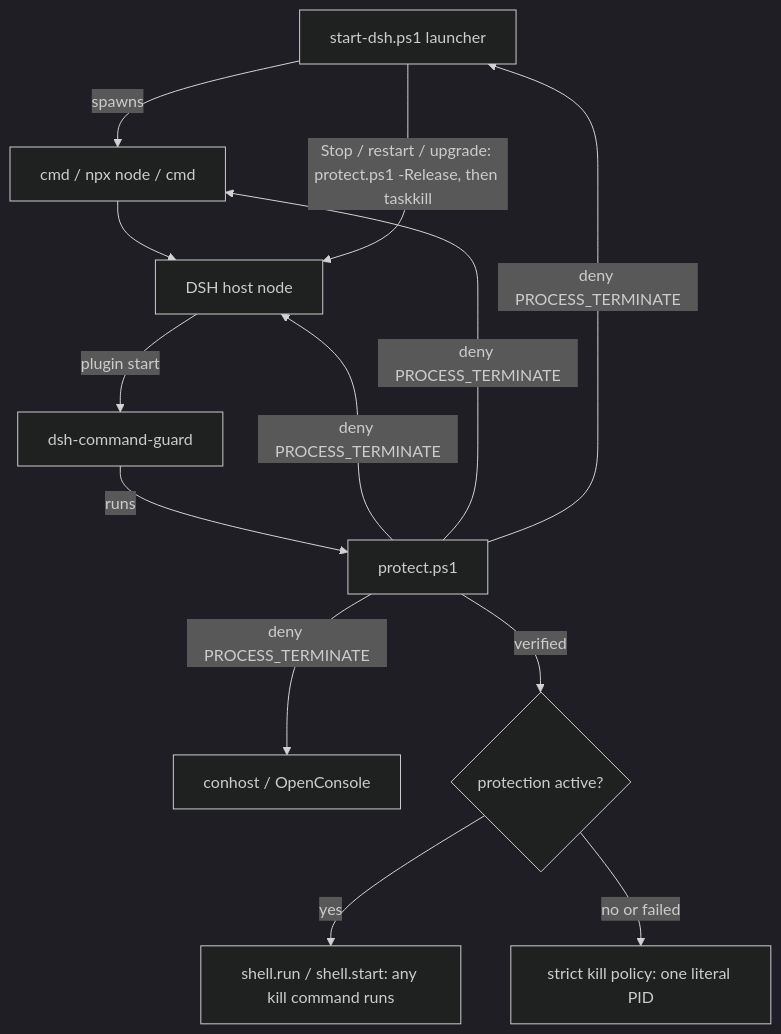
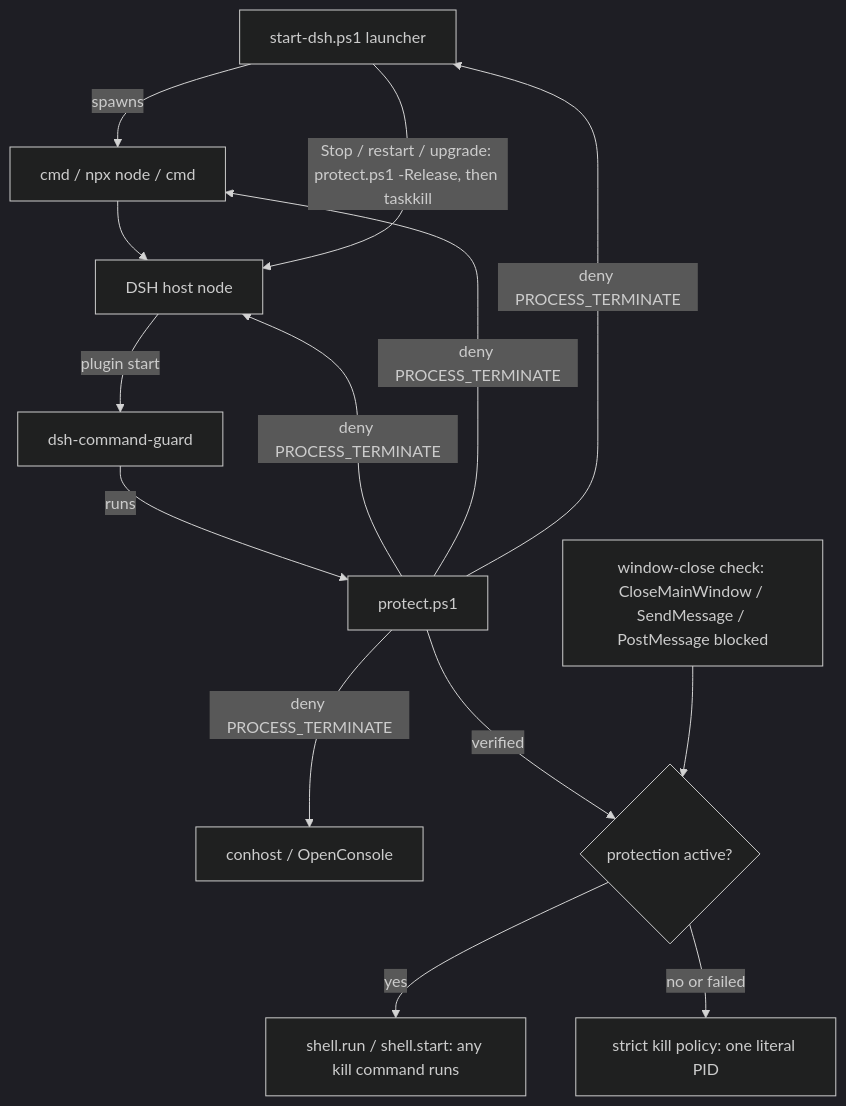
Before and after one commit to ryanportfolio/dsh-branchline: the diagram in .claude/reference/architecture.md, drawn with Mermaid (dark theme). The commit also changed other lines of this file and 10 other files, not shown here.

First line of the commit message:
Block window-close calls that can end DSH through its console (#41)

````diff
--- a/.claude/reference/architecture.md
+++ b/.claude/reference/architecture.md
@@ -9,15 +9,16 @@
 ```mermaid
 flowchart TD
   L[start-dsh.ps1 launcher] -->|spawns| C[cmd / npx node / cmd]
   C --> D[DSH host node]
   D -->|plugin start| G[dsh-command-guard]
   G -->|runs| P[protect.ps1]
   P -->|deny PROCESS_TERMINATE| D
   P -->|deny PROCESS_TERMINATE| C
   P -->|deny PROCESS_TERMINATE| L
   P -->|deny PROCESS_TERMINATE| H[conhost / OpenConsole]
   P -->|verified| A{protection active?}
+  W[window-close check: CloseMainWindow / SendMessage / PostMessage blocked] --> A
   A -->|yes| U[shell.run / shell.start: any kill command runs]
   A -->|no or failed| S[strict kill policy: one literal PID]
   L -->|Stop / restart / upgrade: protect.ps1 -Release, then taskkill| D
 ```
````
